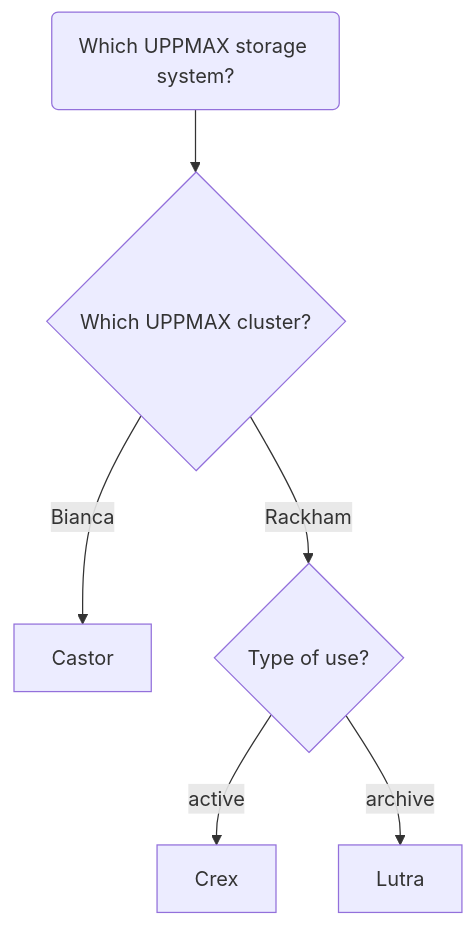
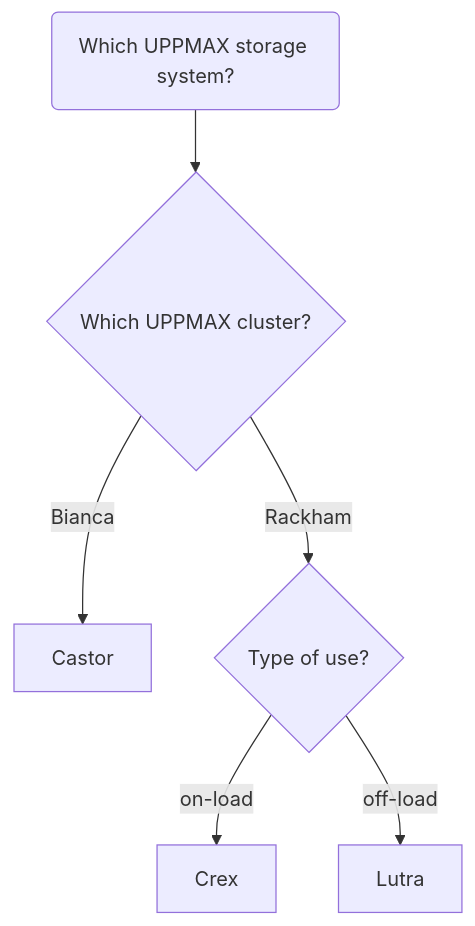
Before and after one commit to UPPMAX/bianca_workshop: the third of 4 diagrams in docs/overview.md, drawn with Mermaid. The commit also changed other lines of this file and 2 other files, not shown here.

````diff
--- a/docs/overview.md
+++ b/docs/overview.md
@@ -85,14 +103,14 @@
 ```mermaid
 flowchart TD
     UPPMAX(Which UPPMAX storage system?)
     which_cluster{Which UPPMAX cluster?}
     Castor
     Lutra
     usage_type{Type of use?}
 
     UPPMAX-->which_cluster
     which_cluster-->|Rackham|usage_type
     which_cluster-->|Bianca|Castor
-    usage_type-->|active|Crex
-    usage_type-->|archive|Lutra
+    usage_type-->|on-load|Crex
+    usage_type-->|off-load|Lutra
 ```
````
